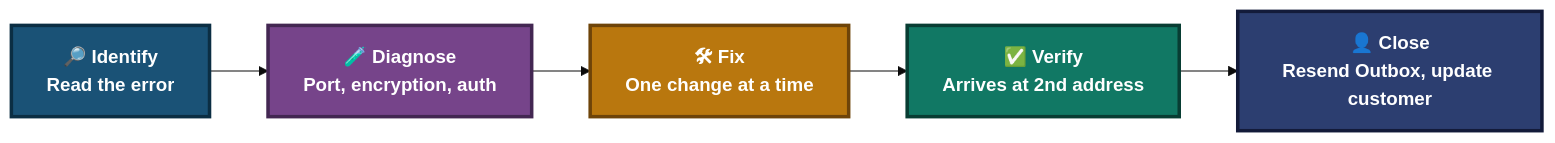
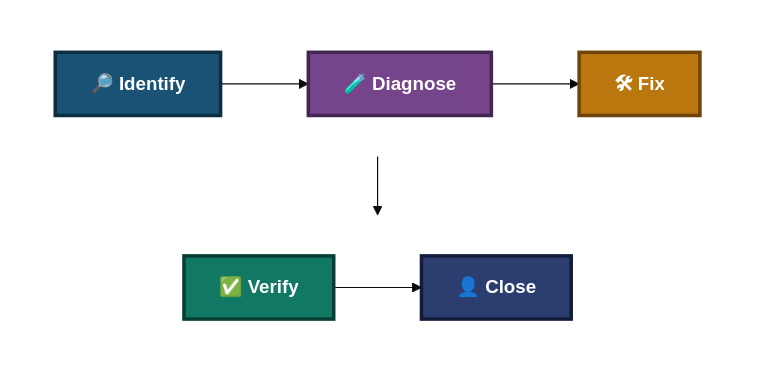
One commit to malaika-azhar/Customer-Tech-Support-Portfolio changed the first of 5 diagrams in 01-Video-knowledge-base/01.2-Email-Sending-Failure.md. Above: the diagram before and after it, drawn with Mermaid (base theme). The commit also changed other lines of this file, not shown here.

````diff
--- a/01-Video-knowledge-base/01.2-Email-Sending-Failure.md
+++ b/01-Video-knowledge-base/01.2-Email-Sending-Failure.md
@@ -115,10 +115,20 @@
 ```mermaid
-flowchart LR
-    A["🔎 Identify<br/>Read the error"]:::s1 --> B["🧪 Diagnose<br/>Port, encryption, auth"]:::s2 --> C["🛠 Fix<br/>One change at a time"]:::s3 --> D["✅ Verify<br/>Arrives at 2nd address"]:::s4 --> E["👤 Close<br/>Resend Outbox, update customer"]:::s5
+flowchart TD
+    subgraph R1[" "]
+        direction LR
+        A["🔎 Identify"]:::s1 --> B["🧪 Diagnose"]:::s2 --> C["🛠 Fix"]:::s3
+    end
+    subgraph R2[" "]
+        direction LR
+        D["✅ Verify"]:::s4 --> E["👤 Close"]:::s5
+    end
+    R1 --> R2
 
     classDef s1 fill:#1A5276,stroke:#0B2E43,stroke-width:3px,color:#FFFFFF,font-weight:bold
     classDef s2 fill:#76448A,stroke:#432752,stroke-width:3px,color:#FFFFFF,font-weight:bold
     classDef s3 fill:#B9770E,stroke:#6E4409,stroke-width:3px,color:#FFFFFF,font-weight:bold
     classDef s4 fill:#117864,stroke:#083D33,stroke-width:3px,color:#FFFFFF,font-weight:bold
     classDef s5 fill:#2C3E70,stroke:#131B3A,stroke-width:3px,color:#FFFFFF,font-weight:bold
+    style R1 fill:none,stroke:none
+    style R2 fill:none,stroke:none
 ```
````
